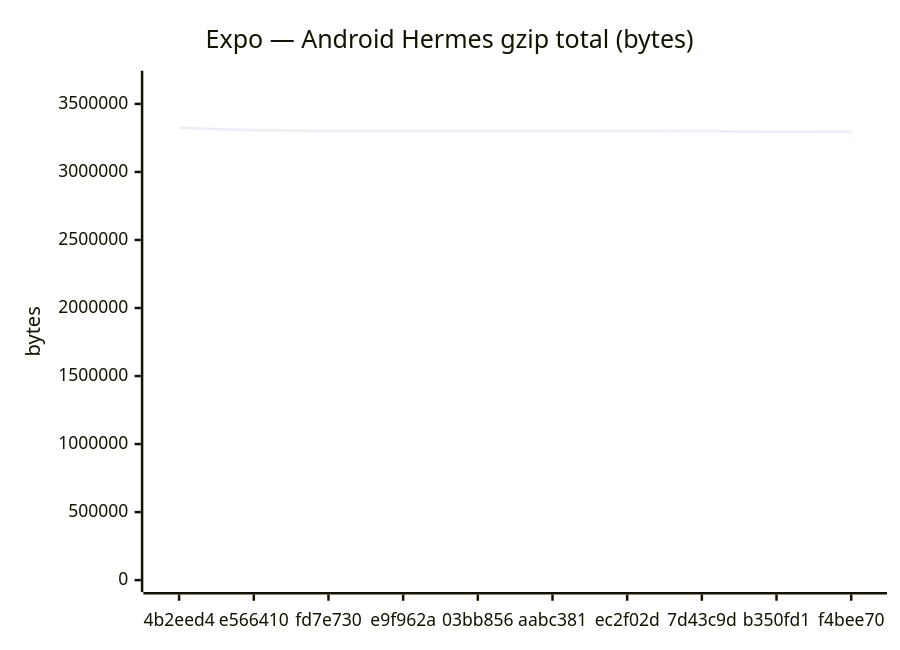
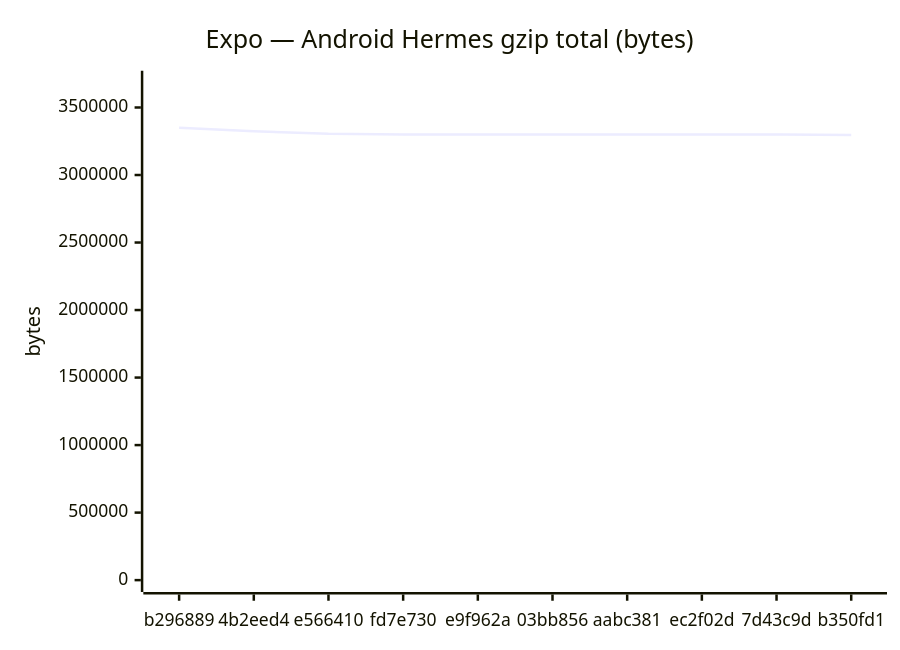
One commit to Metaheurist/Rianell changed the fifth of 18 diagrams in benchmarks/compare.md. Above: the diagram before and after it, drawn with Mermaid. The commit also changed other lines of this file and 11 other files, not shown here.

````diff
--- a/benchmarks/compare.md
+++ b/benchmarks/compare.md
@@ -89,7 +89,7 @@
 ```mermaid
 xychart-beta
     title "Expo — Android Hermes gzip total (bytes)"
-    x-axis ["4b2eed4", "e566410", "fd7e730", "e9f962a", "03bb856", "aabc381", "ec2f02d", "7d43c9d", "b350fd1", "f4bee70"]
-    y-axis "bytes" 0 --> 3656491
-    line [3324082, 3305549, 3300038, 3300034, 3300038, 3300630, 3300522, 3299950, 3296025, 3296632]
+    x-axis ["b296889", "4b2eed4", "e566410", "fd7e730", "e9f962a", "03bb856", "aabc381", "ec2f02d", "7d43c9d", "b350fd1"]
+    y-axis "bytes" 0 --> 3684129
+    line [3349208, 3324082, 3305549, 3300038, 3300034, 3300038, 3300630, 3300522, 3299950, 3296025]
 ```
````
